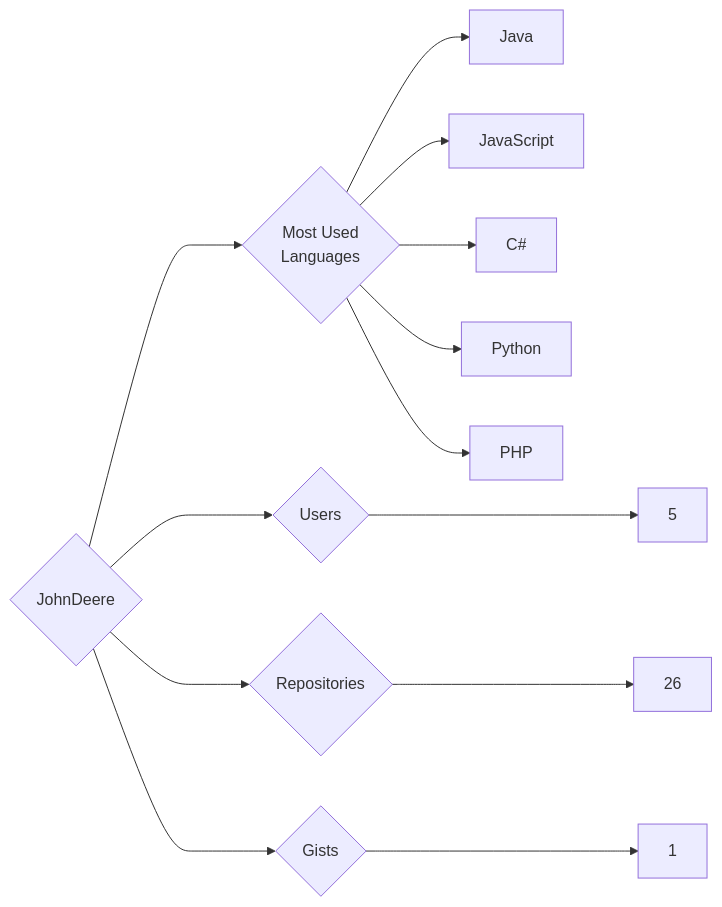
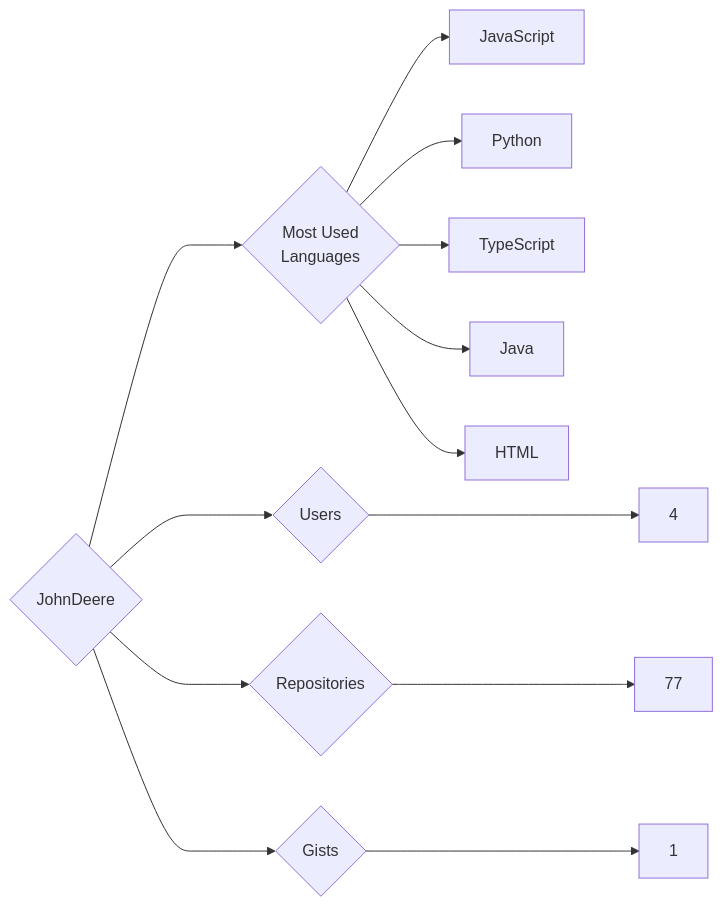
The diagram in targets/JohnDeere/README.md (trickest/insiders), drawn with Mermaid before and after one commit. The commit also changed 900 other files, not shown here.

````diff
--- a/targets/JohnDeere/README.md
+++ b/targets/JohnDeere/README.md
@@ -3,13 +3,13 @@
 ```mermaid
 graph LR
 COMPANY_NAME{JohnDeere}
-COMPANY_NAME ---> U{Users} ---> UN[5]
-COMPANY_NAME ---> R{Repositories} ---> RN[26]
+COMPANY_NAME ---> U{Users} ---> UN[4]
+COMPANY_NAME ---> R{Repositories} ---> RN[77]
 COMPANY_NAME ---> G{Gists} ---> GN[1]
 COMPANY_NAME ---> ML{Most Used<br>Languages}
+ML --> JavaScript[JavaScript]
+ML --> Python[Python]
+ML --> TypeScript[TypeScript]
 ML --> Java[Java]
-ML --> JavaScript[JavaScript]
-ML --> C#[C#]
-ML --> Python[Python]
-ML --> PHP[PHP]
+ML --> HTML[HTML]
 ```
````
